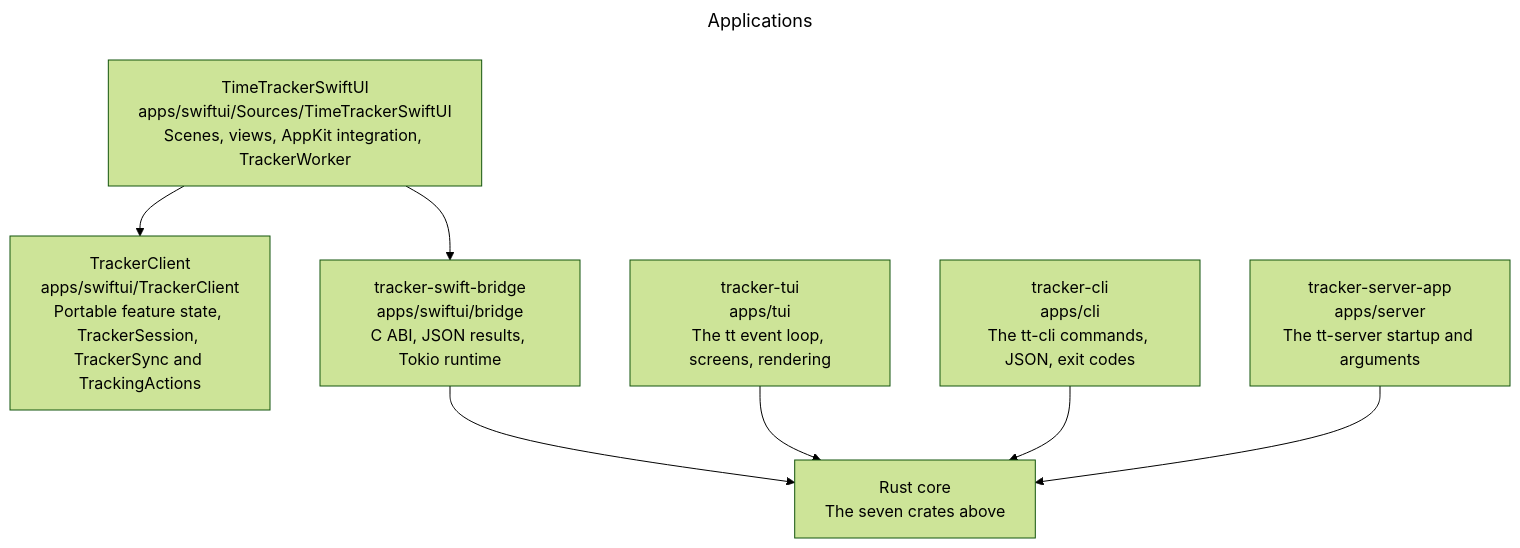
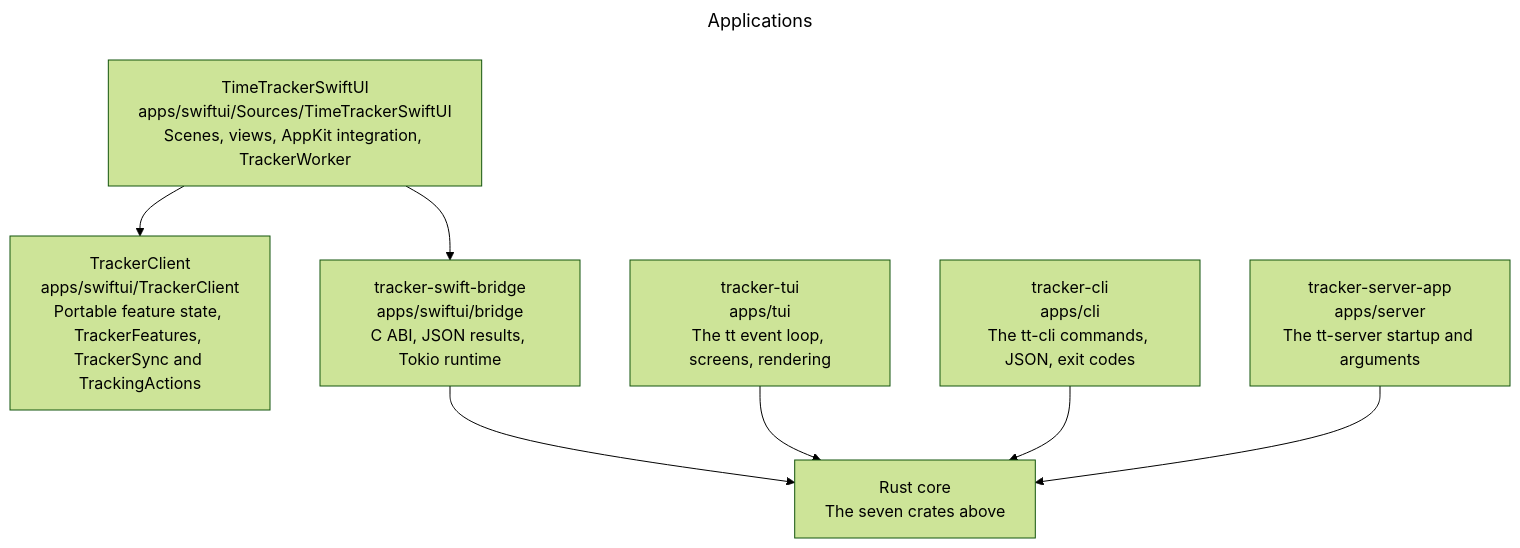
Before and after one commit to remshams/time-tracker: the fourth of 6 diagrams in docs/architecture/architecture.md, drawn with Mermaid (forest theme). The commit also changed other lines of this file and 1 other file, not shown here.

First line of the commit message:
docs(Architecture): name TrackerFeatures where the session was

````diff
--- a/docs/architecture/architecture.md
+++ b/docs/architecture/architecture.md
@@ -133,15 +133,15 @@
 ```mermaid
 ---
 title: Applications
 ---
 flowchart TD
     mac["TimeTrackerSwiftUI<br>apps/swiftui/Sources/TimeTrackerSwiftUI<br>Scenes, views, AppKit integration, TrackerWorker"]:::module
-    package["TrackerClient<br>apps/swiftui/TrackerClient<br>Portable feature state, TrackerSession, TrackerSync and TrackingActions"]:::module
+    package["TrackerClient<br>apps/swiftui/TrackerClient<br>Portable feature state, TrackerFeatures, TrackerSync and TrackingActions"]:::module
     bridge["tracker-swift-bridge<br>apps/swiftui/bridge<br>C ABI, JSON results, Tokio runtime"]:::module
     tui["tracker-tui<br>apps/tui<br>The tt event loop, screens, rendering"]:::module
     cli["tracker-cli<br>apps/cli<br>The tt-cli commands, JSON, exit codes"]:::module
     serverapp["tracker-server-app<br>apps/server<br>The tt-server startup and arguments"]:::module
     core["Rust core<br>The seven crates above"]:::group
     mac --> package & bridge
     bridge & tui & cli & serverapp --> core
 ```
````
